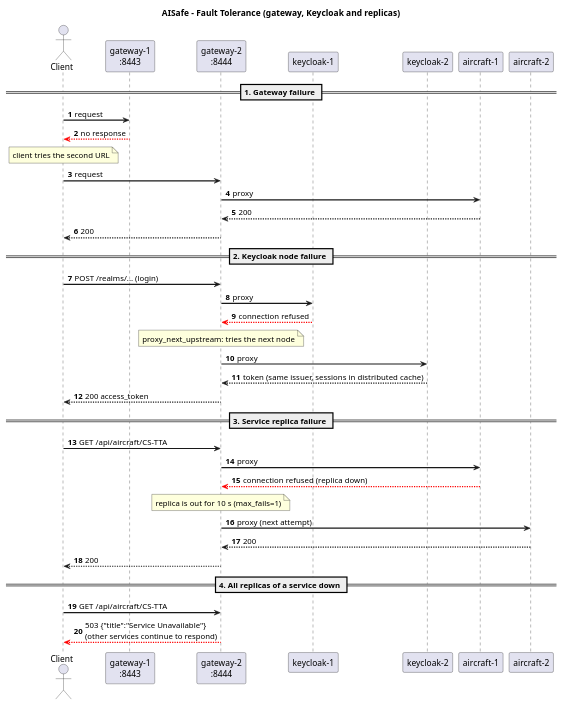
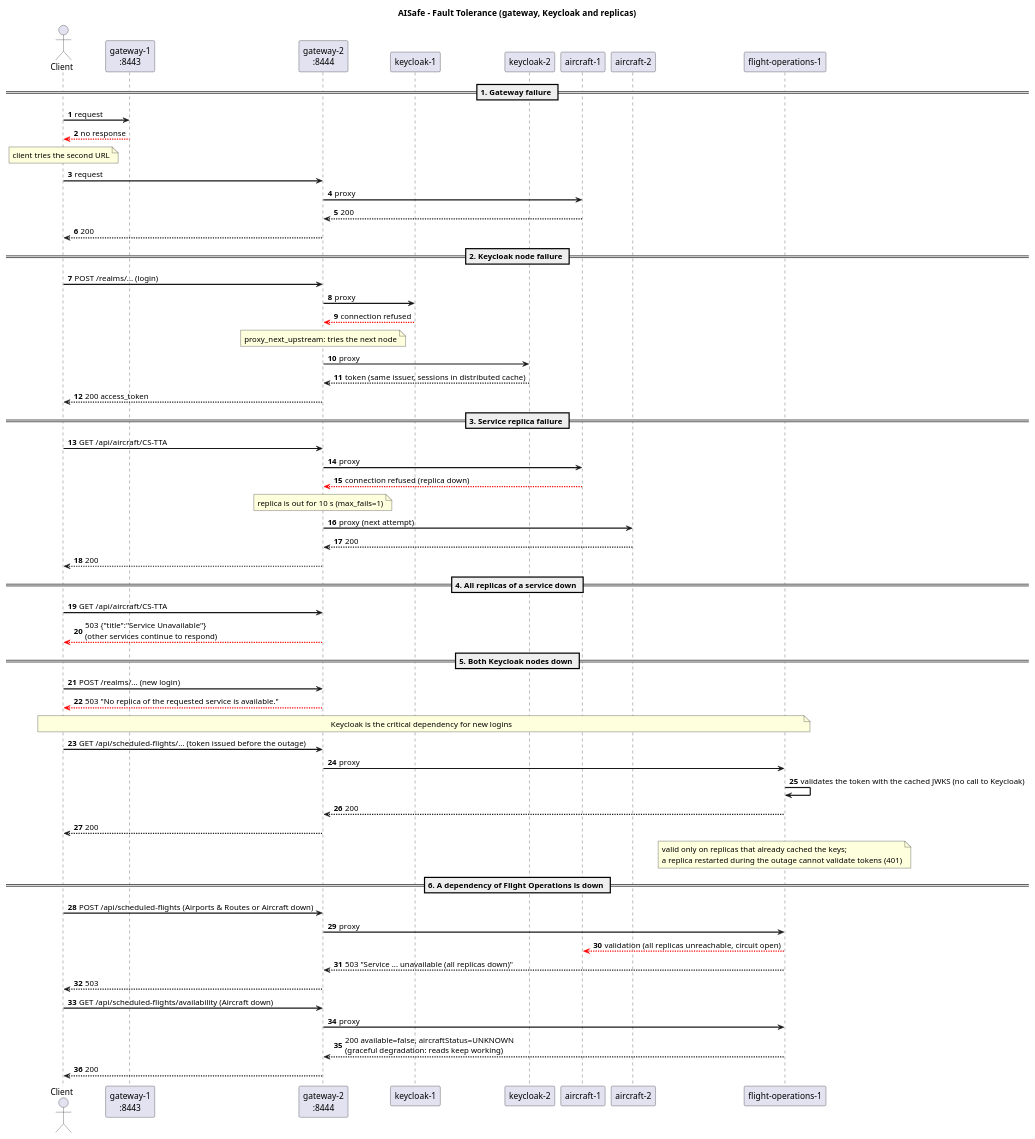
Before and after one commit to anamartasilvaa/SIDIG_AI_Safe: the diagram in docs/SIDIS/sd-high-availability.puml, drawn with PlantUML. The commit also changed 6 other files, not shown here.

Commit message:
Novos diagramas do projeto + atualizados

```diff
--- a/docs/SIDIS/sd-high-availability.puml
+++ b/docs/SIDIS/sd-high-availability.puml
@@ -1,45 +1,68 @@
 @startuml sd-high-availability
 title AISafe - Fault Tolerance (gateway, Keycloak and replicas)
 skinparam shadowing false
 skinparam sequenceArrowThickness 2
 autonumber
 
 actor "Client" as C
 participant "gateway-1\n:8443" as G1
 participant "gateway-2\n:8444" as G2
 participant "keycloak-1" as K1
 participant "keycloak-2" as K2
 participant "aircraft-1" as A1
 participant "aircraft-2" as A2
+participant "flight-operations-1" as F1
 
 == 1. Gateway failure ==
 C -> G1 : request
 G1 -[#red]-> C : no response
 note over C : client tries the second URL
 C -> G2 : request
 G2 -> A1 : proxy
 A1 --> G2 : 200
 G2 --> C : 200
 
 == 2. Keycloak node failure ==
 C -> G2 : POST /realms/... (login)
 G2 -> K1 : proxy
 K1 -[#red]-> G2 : connection refused
 note over G2 : proxy_next_upstream: tries the next node
 G2 -> K2 : proxy
 K2 --> G2 : token (same issuer, sessions in distributed cache)
 G2 --> C : 200 access_token
 
 == 3. Service replica failure ==
 C -> G2 : GET /api/aircraft/CS-TTA
 G2 -> A1 : proxy
 A1 -[#red]-> G2 : connection refused (replica down)
 note over G2 : replica is out for 10 s (max_fails=1)
 G2 -> A2 : proxy (next attempt)
 A2 --> G2 : 200
 G2 --> C : 200
 
 == 4. All replicas of a service down ==
 C -> G2 : GET /api/aircraft/CS-TTA
 G2 -[#red]-> C : 503 {"title":"Service Unavailable"}\n(other services continue to respond)
+== 5. Both Keycloak nodes down ==
+C -> G2 : POST /realms/... (new login)
+G2 -[#red]-> C : 503 "No replica of the requested service is available."
+note over C, F1 : Keycloak is the critical dependency for new logins
+C -> G2 : GET /api/scheduled-flights/... (token issued before the outage)
+G2 -> F1 : proxy
+F1 -> F1 : validates the token with the cached JWKS (no call to Keycloak)
+F1 --> G2 : 200
+G2 --> C : 200
+note over F1 : valid only on replicas that already cached the keys;\na replica restarted during the outage cannot validate tokens (401)
+
+== 6. A dependency of Flight Operations is down ==
+C -> G2 : POST /api/scheduled-flights (Airports & Routes or Aircraft down)
+G2 -> F1 : proxy
+F1 -[#red]-> A1 : validation (all replicas unreachable, circuit open)
+F1 --> G2 : 503 "Service ... unavailable (all replicas down)"
+G2 --> C : 503
+C -> G2 : GET /api/scheduled-flights/availability (Aircraft down)
+G2 -> F1 : proxy
+F1 --> G2 : 200 available=false, aircraftStatus=UNKNOWN\n(graceful degradation: reads keep working)
+G2 --> C : 200
+
 @enduml
```
